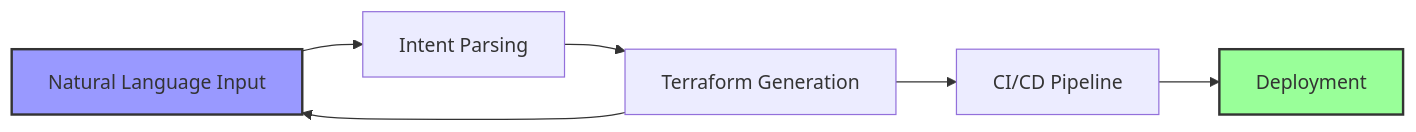
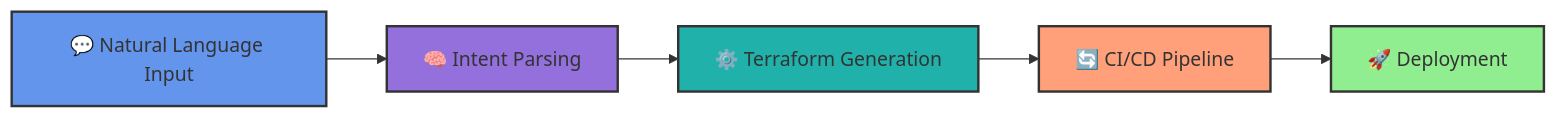
The diagram in profile/README.md (Stratisail/.github), drawn with Mermaid before and after one commit. The commit also changed other lines of this file, not shown here.

````diff
--- a/profile/README.md
+++ b/profile/README.md
@@ -40,11 +17,13 @@
 ```mermaid
 graph LR
-    A[Natural Language Input] --> B[Intent Parsing]
-    B --> C[Terraform Generation]
-    C --> A
-    C --> D[CI/CD Pipeline]
-    D --> E[Deployment]
+    A[💬 Natural Language Input] --> B[🧠 Intent Parsing]
+    B --> C[⚙️ Terraform Generation]
+    C --> D[🔄 CI/CD Pipeline]
+    D --> E[🚀 Deployment]
         
-    style A fill:#99f,stroke:#333,stroke-width:2px
-    style E fill:#9f9,stroke:#333,stroke-width:2px
+    style A fill:#6495ED,stroke:#333,stroke-width:2px
+    style B fill:#9370DB,stroke:#333,stroke-width:2px
+    style C fill:#20B2AA,stroke:#333,stroke-width:2px
+    style D fill:#FFA07A,stroke:#333,stroke-width:2px
+    style E fill:#90EE90,stroke:#333,stroke-width:2px
 ```
````
